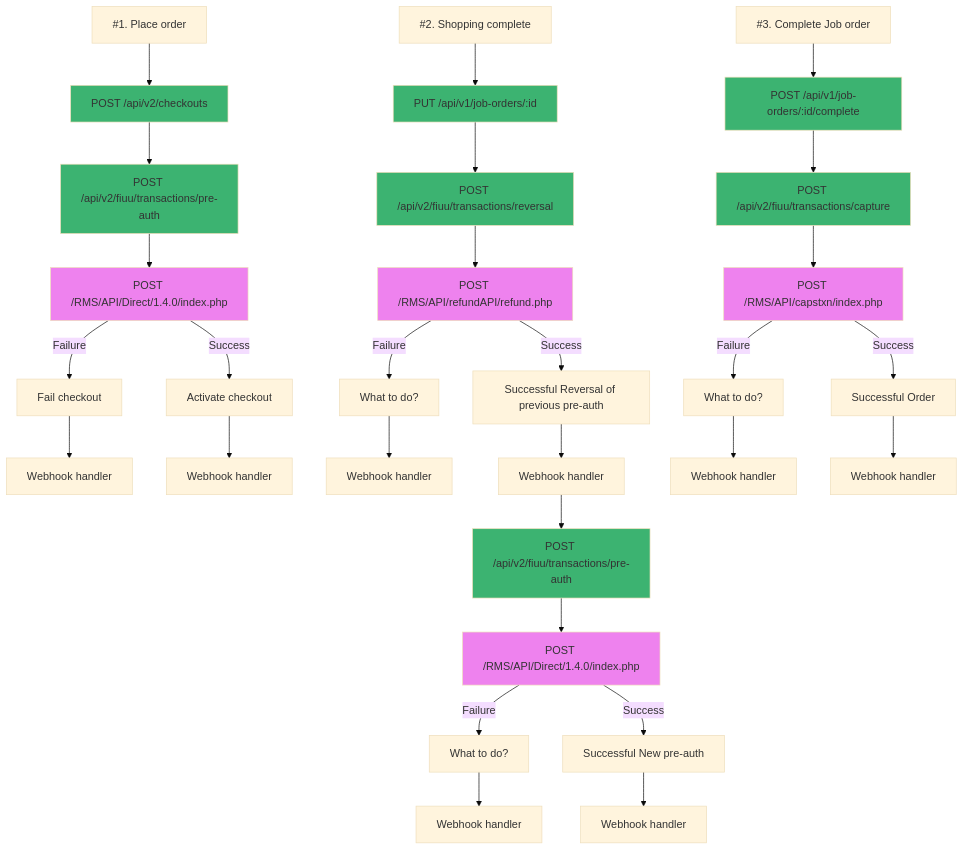
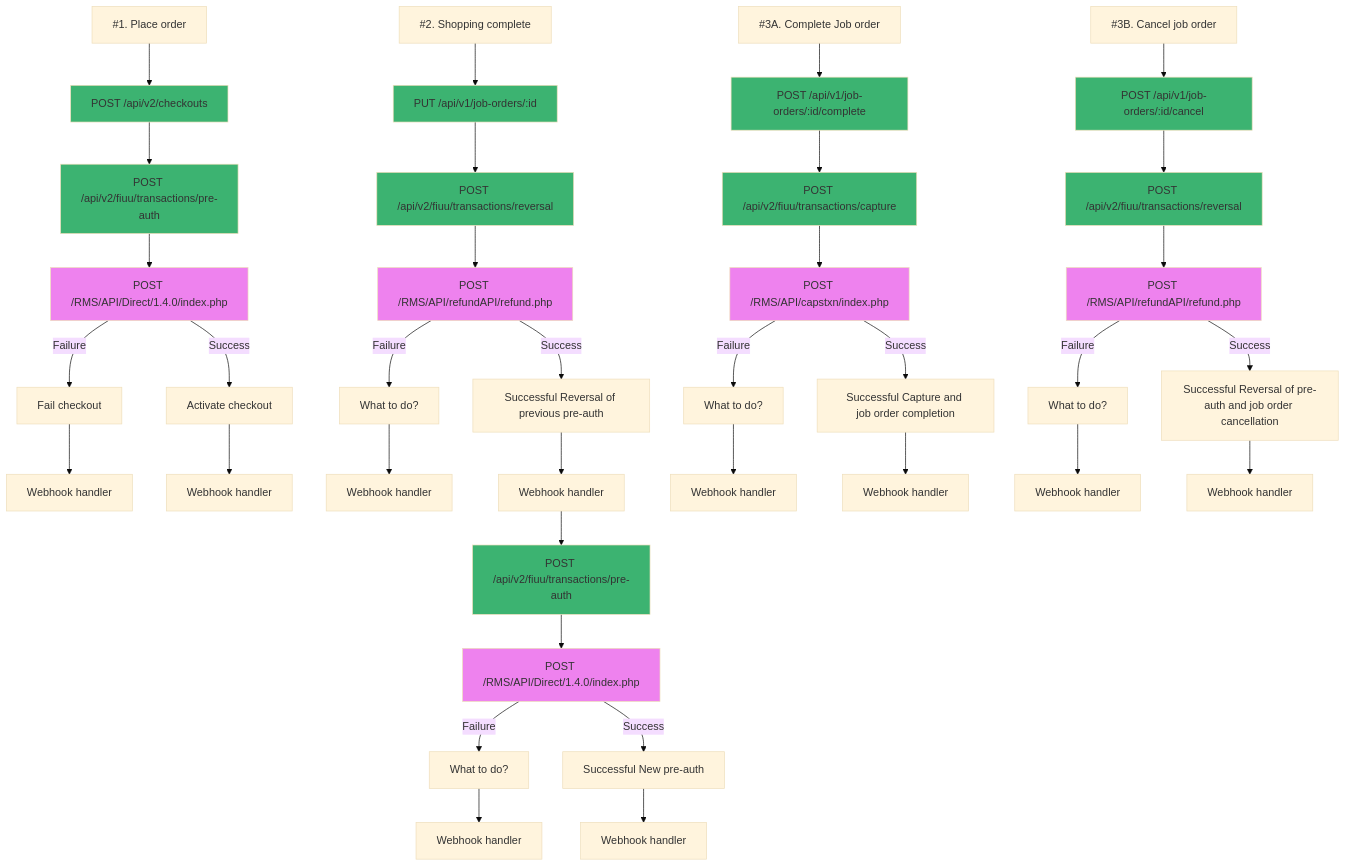
Before and after one commit to israelcoper/mermaid-diagram: the third of 3 diagrams in fiuu-preauth-capture-v1.md, drawn with Mermaid (base theme). The commit also changed other lines of this file, not shown here.

Commit message:
Job order cancellation

````diff
--- a/fiuu-preauth-capture-v1.md
+++ b/fiuu-preauth-capture-v1.md
@@ -64,49 +88,61 @@
 ```mermaid
 ---
 title:
 ---
 flowchart TB;
     style B1 fill:#3cb371
     style C1 fill:#3cb371
     style D1 fill:#ee82ee
 
     style B2 fill:#3cb371
     style C2 fill:#3cb371
     style D2 fill:#ee82ee
     style F22 fill:#3cb371
     style F23 fill:#ee82ee
 
     style B3 fill:#3cb371
     style C3 fill:#3cb371
     style D3 fill:#ee82ee
+
+    style B4 fill:#3cb371
+    style C4 fill:#3cb371
+    style D4 fill:#ee82ee
 
     A1["#1. Place order"]-->B1[POST /api/v2/checkouts];
     B1-->C1[POST /api/v2/fiuu/transactions/pre-auth];
     C1-->D1[POST /RMS/API/Direct/1.4.0/index.php];
     D1--Failure-->D11[Fail checkout];
     D1--Success-->D12[Activate checkout];
     D11-->D111[Webhook handler];
     D12-->D121[Webhook handler];
 
     A2["#2. Shopping complete"]-->B2[PUT /api/v1/job-orders/:id];
     B2-->C2[POST /api/v2/fiuu/transactions/reversal];
     C2-->D2[POST /RMS/API/refundAPI/refund.php];
     D2--Failure-->E2[What to do?];
     D2--Success-->F2[Successful Reversal of previous pre-auth];
     E2-->E21[Webhook handler];
     F2-->F21[Webhook handler];
     F21-->F22[POST /api/v2/fiuu/transactions/pre-auth];
     F22-->F23[POST /RMS/API/Direct/1.4.0/index.php];
     F23--Failure-->F24[What to do?];
     F23--Success-->F25[Successful New pre-auth];
     F24-->F241[Webhook handler];
     F25-->F251[Webhook handler];
 
-    A3["#3. Complete Job order"]-->B3[POST /api/v1/job-orders/:id/complete];
+    A3["#3A. Complete Job order"]-->B3[POST /api/v1/job-orders/:id/complete];
     B3-->C3[POST /api/v2/fiuu/transactions/capture];
     C3-->D3[POST /RMS/API/capstxn/index.php];
     D3--Failure-->E3[What to do?];
-    D3--Success-->F3[Successful Order];
+    D3--Success-->F3[Successful Capture and job order completion];
     E3-->E31[Webhook handler];
     F3-->F31[Webhook handler];
+
+    A4["#3B. Cancel job order"]-->B4[POST /api/v1/job-orders/:id/cancel];
+    B4-->C4[POST /api/v2/fiuu/transactions/reversal];
+    C4-->D4[POST /RMS/API/refundAPI/refund.php];
+    D4--Failure-->E4[What to do?];
+    D4--Success-->F4[Successful Reversal of pre-auth and job order cancellation];
+    E4-->E41[Webhook handler];
+    F4-->F41[Webhook handler];
 ```
````
